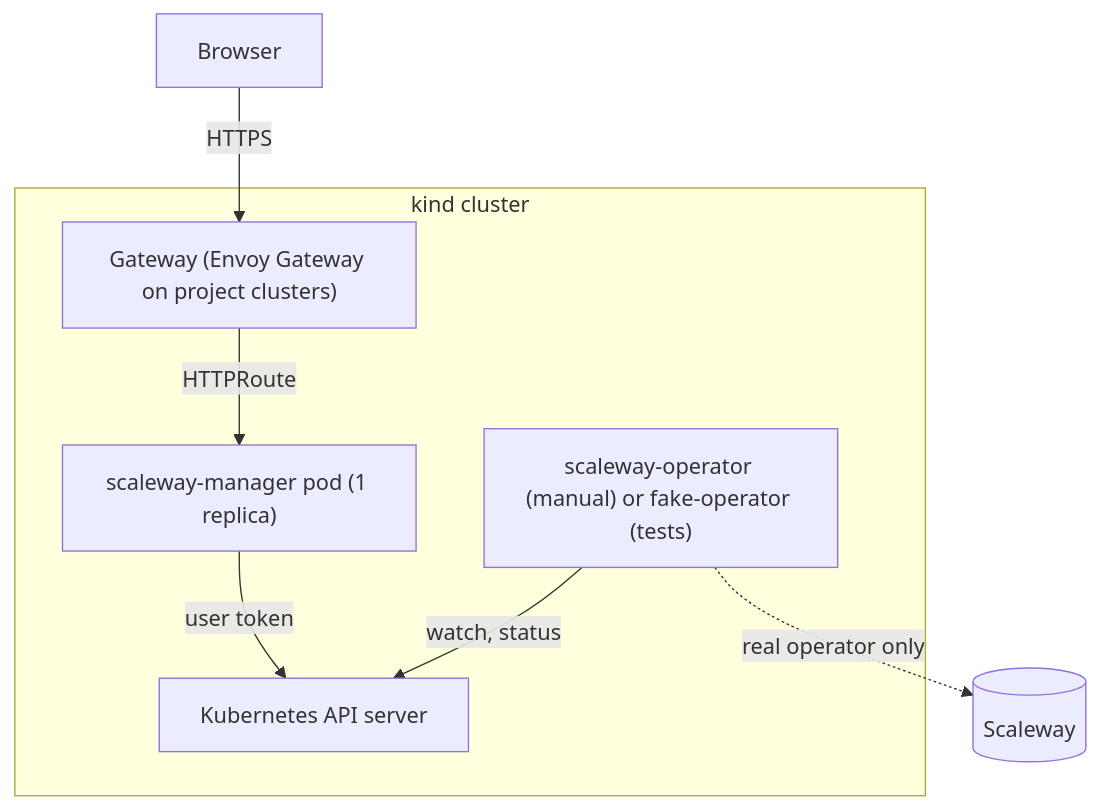
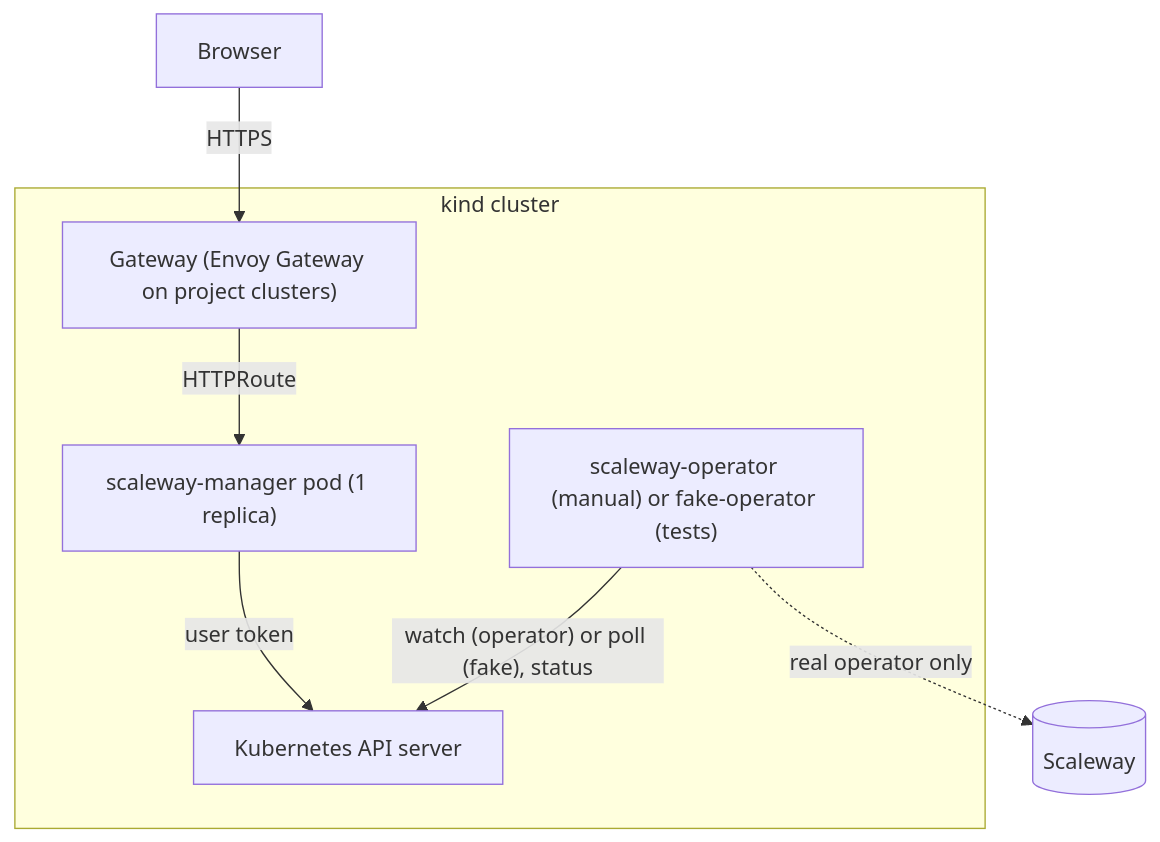
Before and after one commit to mathieubodin/scaleway-manager: the second of 2 diagrams in _bmad-output/planning-artifacts/architecture/architecture-scaleway-manager-2026-10-19/ARCHITECTURE-SPINE.md, drawn with Mermaid. The commit also changed other lines of this file and 83 other files, not shown here.

First line of the commit message:
feat(fake-operator): add the test-only fake operator and kube client (#63)

````diff
--- a/_bmad-output/planning-artifacts/architecture/architecture-scaleway-manager-2026-10-19/ARCHITECTURE-SPINE.md
+++ b/_bmad-output/planning-artifacts/architecture/architecture-scaleway-manager-2026-10-19/ARCHITECTURE-SPINE.md
@@ -297,15 +351,15 @@
 ```mermaid
 flowchart TB
   browser["Browser"]
   subgraph kind["kind cluster"]
     gw["Gateway (Envoy Gateway on project clusters)"]
     sm["scaleway-manager pod (1 replica)"]
     api["Kubernetes API server"]
     op["scaleway-operator (manual) or fake-operator (tests)"]
   end
   scw[("Scaleway")]
   browser -->|"HTTPS"| gw -->|"HTTPRoute"| sm
   sm -->|"user token"| api
-  op -->|"watch, status"| api
+  op -->|"watch (operator) or poll (fake), status"| api
   op -.->|"real operator only"| scw
 ```
````
